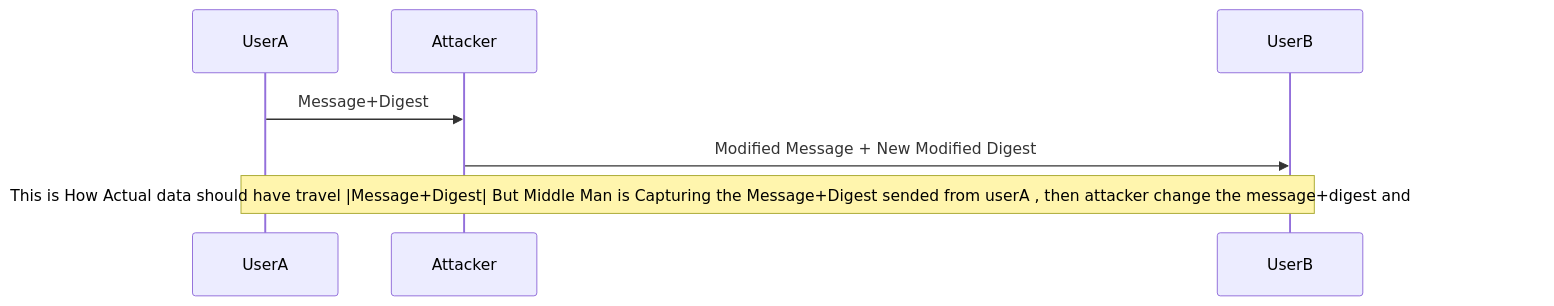
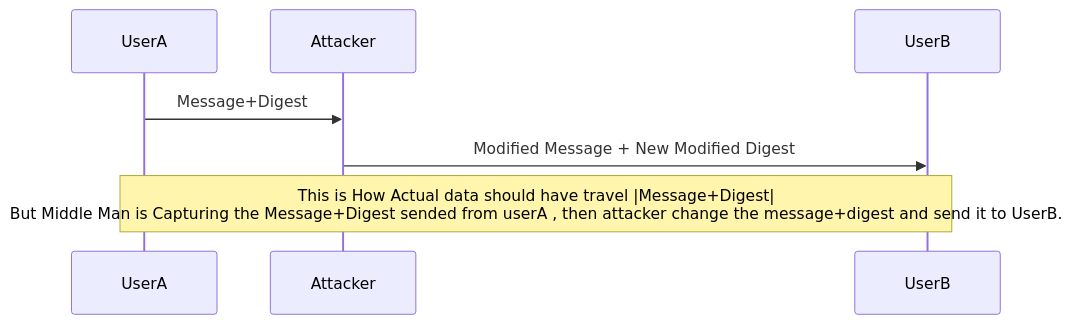
One commit to Rajeev-Tamang/OpenSSL changed the eighth of 8 diagrams in README.md. Above: the diagram before and after it, drawn with Mermaid.

````diff
--- a/README.md
+++ b/README.md
@@ -186,6 +186,6 @@
 ```mermaid
 sequenceDiagram
     UserA->>Attacker: Message+Digest
     Attacker->>UserB: Modified Message + New Modified Digest
-   note over UserA,UserB: This is How Actual data should have travel |Message+Digest| But Middle Man is Capturing the Message+Digest sended from userA , then attacker change the message+digest and send it to UserB.
+   note over UserA,UserB: This is How Actual data should have travel |Message+Digest| <br>But Middle Man is Capturing the Message+Digest sended from userA , then attacker change the message+digest and send it to UserB.
 ```
````
